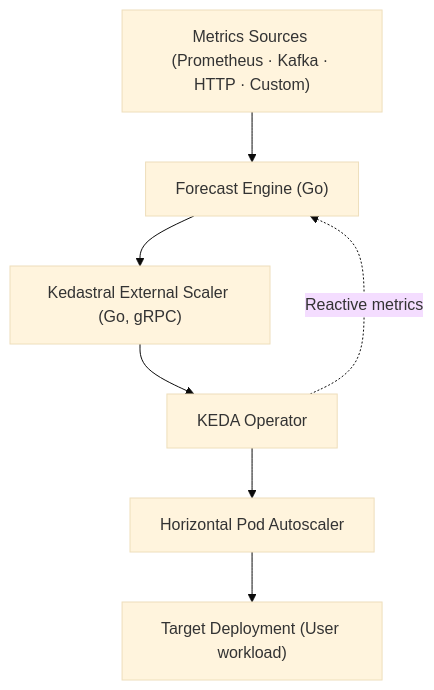
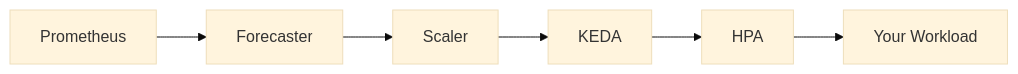
The diagram in README.md (kedastral/kedastral), drawn with Mermaid (base theme) before and after one commit. The commit also changed other lines of this file and 8 other files, not shown here.

````diff
--- a/README.md
+++ b/README.md
@@ -188,9 +31,8 @@
 ```mermaid
-flowchart TD
-    A["Metrics Sources (Prometheus · Kafka · HTTP · Custom)"] --> B["Forecast Engine (Go)"]
-    B --> C["Kedastral External Scaler (Go, gRPC)"]
-    C --> D["KEDA Operator"]
-    D --> E["Horizontal Pod Autoscaler"]
-    E --> F["Target Deployment (User workload)"]
-    D -.->|Reactive metrics| B
+flowchart LR
+    A[Prometheus] --> B[Forecaster]
+    B --> C[Scaler]
+    C --> D[KEDA]
+    D --> E[HPA]
+    E --> F[Your Workload]
 ```
````
